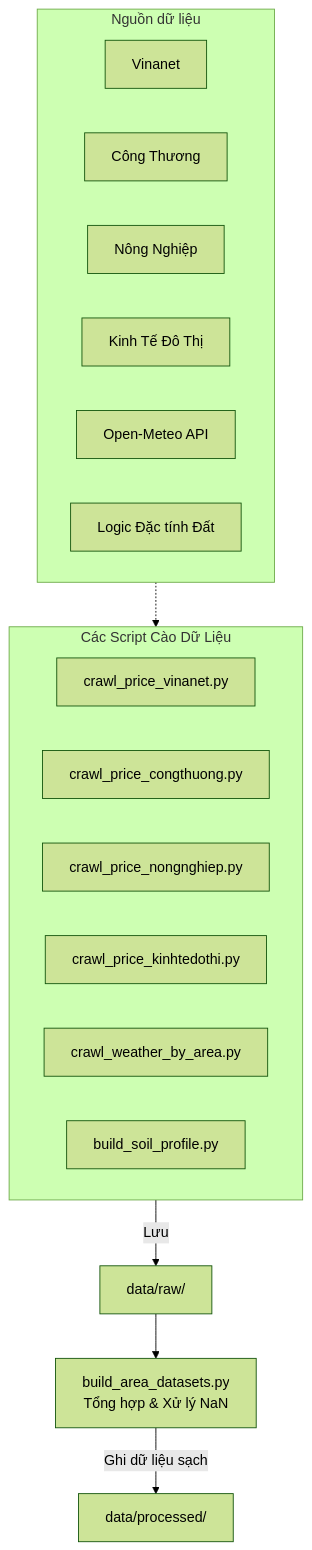
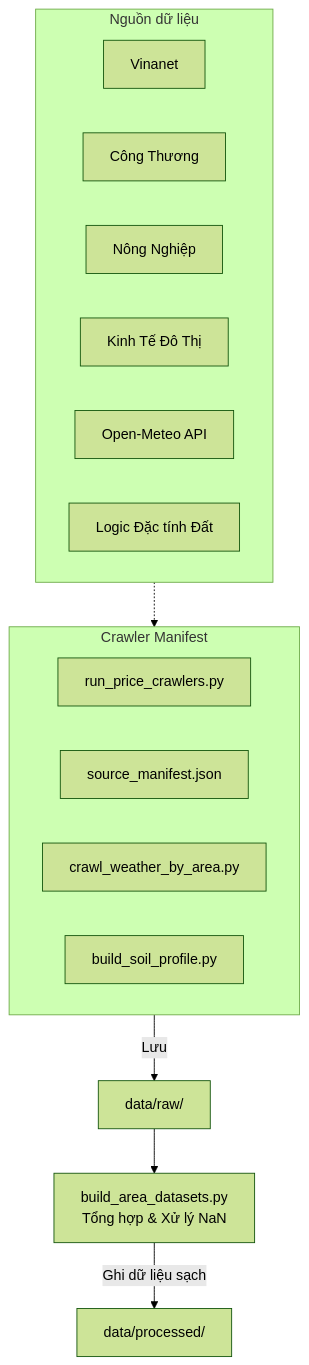
Before and after one commit to uit-25730067-chithanh/AI002-Team22-DT10: the diagram in crawler/README.md, drawn with Mermaid (forest theme). The commit also changed other lines of this file and 26 other files, not shown here.

````diff
--- a/crawler/README.md
+++ b/crawler/README.md
@@ -14,26 +14,24 @@
 ```mermaid
 flowchart TD
     subgraph Sources["Nguồn dữ liệu"]
         Vinanet["Vinanet"]
         CongThuong["Công Thương"]
         NongNghiep["Nông Nghiệp"]
         KinhTe["Kinh Tế Đô Thị"]
         OpenMeteo["Open-Meteo API"]
         SoilLogic["Logic Đặc tính Đất"]
     end
 
-    subgraph Crawlers["Các Script Cào Dữ Liệu"]
-        crawl_price_vinanet.py
-        crawl_price_congthuong.py
-        crawl_price_nongnghiep.py
-        crawl_price_kinhtedothi.py
+    subgraph Crawlers["Crawler Manifest"]
+        run_price["run_price_crawlers.py"]
+        manifest["source_manifest.json"]
         crawl_weather["crawl_weather_by_area.py"]
         build_soil["build_soil_profile.py"]
     end
 
     Sources -.-> Crawlers
     Crawlers -->|Lưu| RawCSV["data/raw/"]
     
     RawCSV --> Builder["build_area_datasets.py<br/>Tổng hợp & Xử lý NaN"]
     Builder -->|Ghi dữ liệu sạch| ProcessedCSV["data/processed/"]
 ```
````
